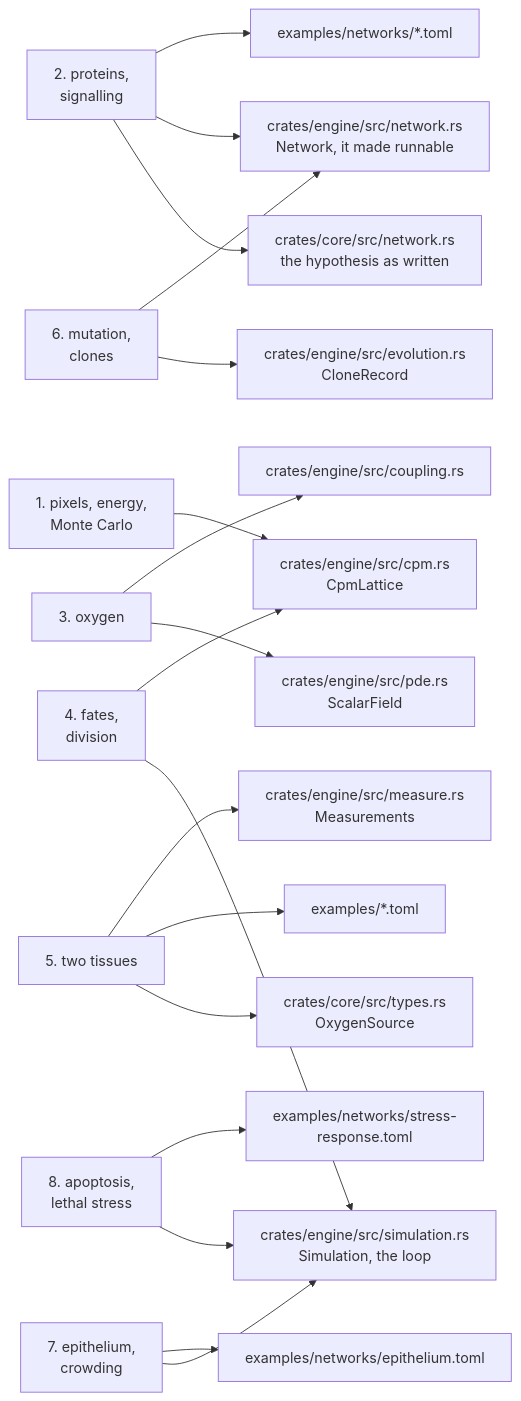
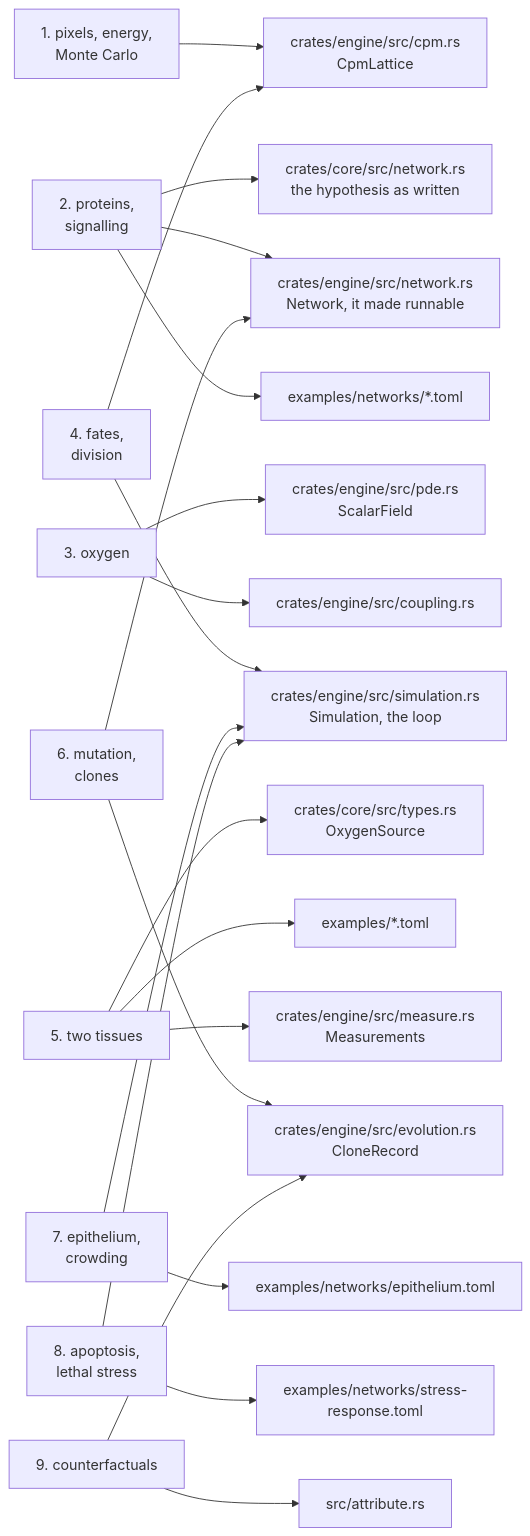
The diagram in docs/README.md (ngodzik/cellweave), drawn with Mermaid before and after one commit. The commit also changed other lines of this file and 15 other files, not shown here.

````diff
--- a/docs/README.md
+++ b/docs/README.md
@@ -30,20 +31,22 @@
 ```mermaid
 flowchart LR
     c1["1. pixels, energy,<br/>Monte Carlo"] --> cpm["crates/engine/src/cpm.rs<br/>CpmLattice"]
     c2["2. proteins,<br/>signalling"] --> net["crates/core/src/network.rs<br/>the hypothesis as written"]
     c2 --> run["crates/engine/src/network.rs<br/>Network, it made runnable"]
     c2 --> files["examples/networks/*.toml"]
     c3["3. oxygen"] --> pde["crates/engine/src/pde.rs<br/>ScalarField"]
     c3 --> cpl["crates/engine/src/coupling.rs"]
     c4["4. fates,<br/>division"] --> sim["crates/engine/src/simulation.rs<br/>Simulation, the loop"]
     c4 --> cpm
     c5["5. two tissues"] --> cfg["crates/core/src/types.rs<br/>OxygenSource"]
     c5 --> ex["examples/*.toml"]
     c5 --> mea["crates/engine/src/measure.rs<br/>Measurements"]
     c6["6. mutation,<br/>clones"] --> evo["crates/engine/src/evolution.rs<br/>CloneRecord"]
     c6 --> run
     c7["7. epithelium,<br/>crowding"] --> sim
     c7 --> epi["examples/networks/epithelium.toml"]
     c8["8. apoptosis,<br/>lethal stress"] --> sim
     c8 --> str["examples/networks/stress-response.toml"]
+    c9["9. counterfactuals"] --> att["src/attribute.rs"]
+    c9 --> evo
 ```
````
